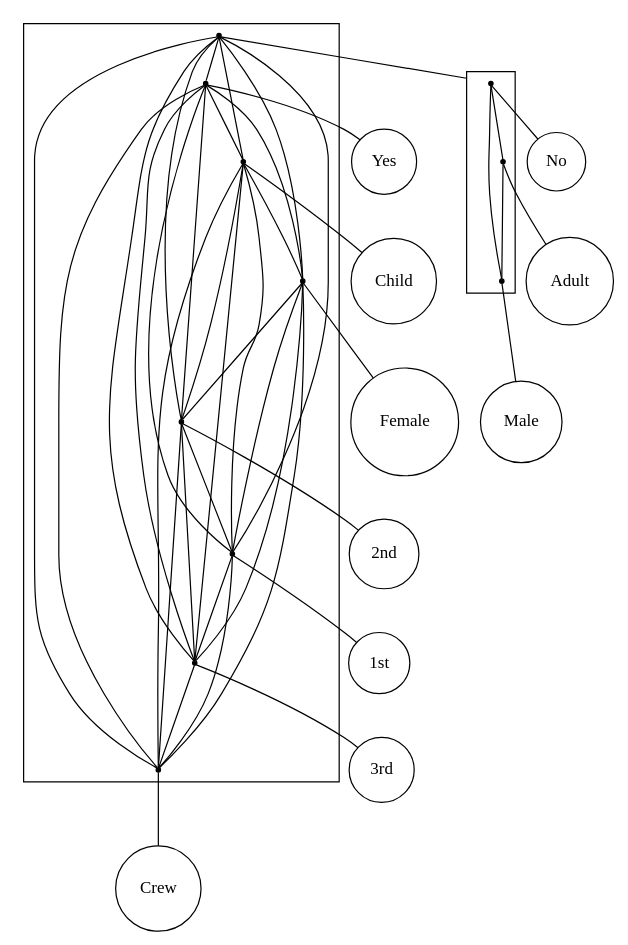
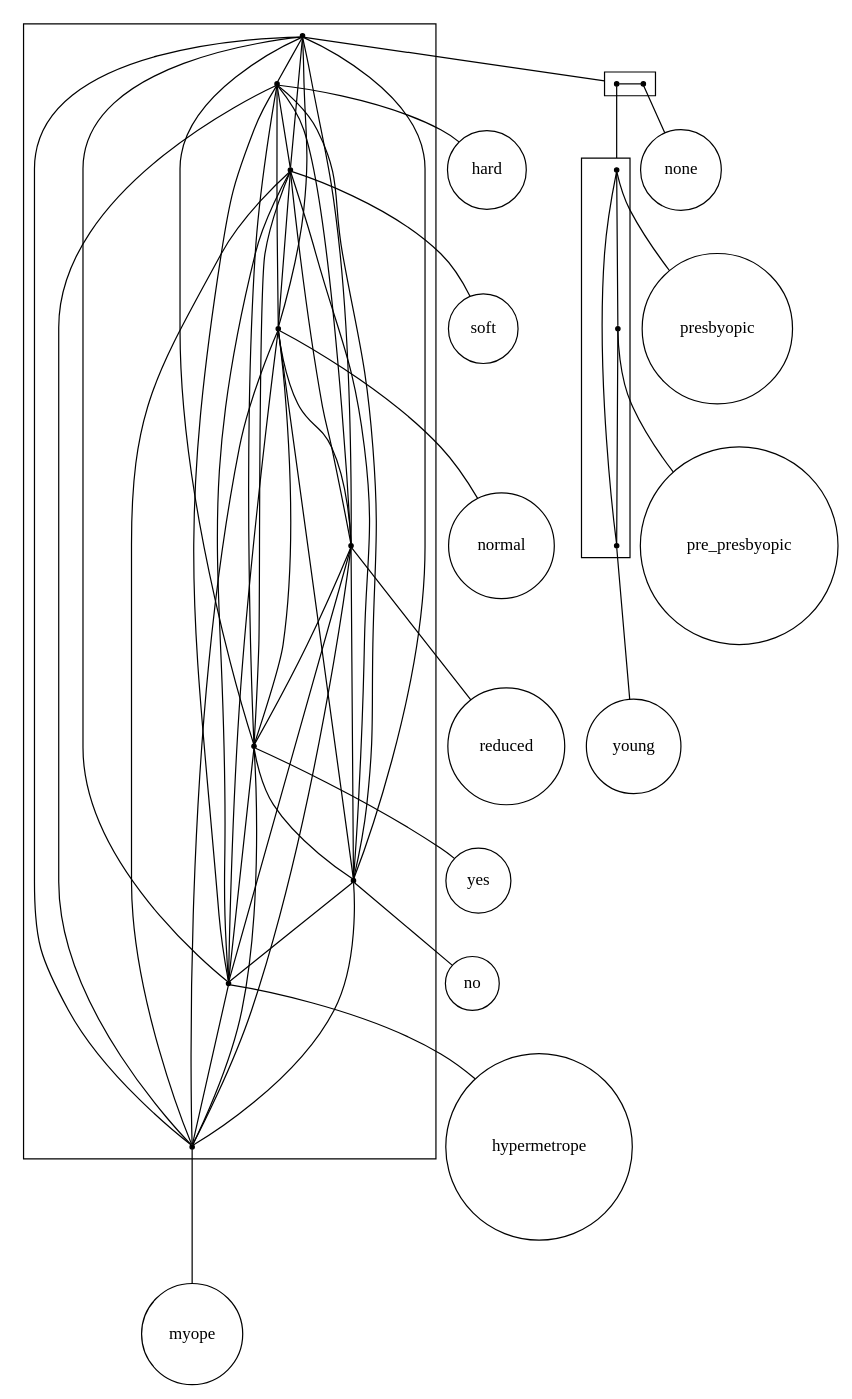
One commit to lrodrin/TFG changed the diagram in src/final/plain_2-structure_with_threshold.dot. Above: the diagram before and after it, drawn with Graphviz. The commit also changed 15 other files, not shown here.

```diff
--- a/src/final/plain_2-structure_with_threshold.dot
+++ b/src/final/plain_2-structure_with_threshold.dot
@@ -1,67 +1,86 @@
 strict digraph "plain_2-structure_with_threshold" {
 compound=true;
 fontname=Verdana;
 fontsize=12;
 newrank=true;
 node [shape=circle];
-Yes;
-Child;
-Female;
-"2nd";
-"1st";
-"3rd";
-Crew;
-No;
-Adult;
-Male;
-subgraph cluster_ChildFemaleNoMale3rdCrew1stYes2ndAdult {
+hard;
+soft;
+normal;
+reduced;
+yes;
+no;
+hypermetrope;
+myope;
+none;
+presbyopic;
+pre_presbyopic;
+young;
+subgraph cluster_myopeyoungreducedsoftpresbyopichardyesnonepre_presbyopichypermetropenonormal {
 node [shape=point];
-s_AdultNoMale -> s_Yes  [arrowhead=none, color=black];
-s_AdultNoMale -> s_Child  [arrowhead=none, color=black];
-s_AdultNoMale -> s_Female  [arrowhead=none, color=black];
-s_AdultNoMale -> s_2nd  [arrowhead=none, color=black];
-s_AdultNoMale -> s_1st  [arrowhead=none, color=black];
-s_AdultNoMale -> s_3rd  [arrowhead=none, color=black];
-s_AdultNoMale -> s_Crew  [arrowhead=none, color=black];
-s_Yes -> s_Child  [arrowhead=none, color=black];
-s_Yes -> s_Female  [arrowhead=none, color=black];
-s_Yes -> s_2nd  [arrowhead=none, color=black];
-s_Yes -> s_1st  [arrowhead=none, color=black];
-s_Yes -> s_3rd  [arrowhead=none, color=black];
-s_Yes -> s_Crew  [arrowhead=none, color=black];
-s_Child -> s_Female  [arrowhead=none, color=black];
-s_Child -> s_2nd  [arrowhead=none, color=black];
-s_Child -> s_1st  [arrowhead=none, color=black];
-s_Child -> s_3rd  [arrowhead=none, color=black];
-s_Child -> s_Crew  [arrowhead=none, color=black];
-s_Female -> s_2nd  [arrowhead=none, color=black];
-s_Female -> s_1st  [arrowhead=none, color=black];
-s_Female -> s_3rd  [arrowhead=none, color=black];
-s_Female -> s_Crew  [arrowhead=none, color=black];
-s_2nd -> s_1st  [arrowhead=none, color=black];
-s_2nd -> s_3rd  [arrowhead=none, color=black];
-s_2nd -> s_Crew  [arrowhead=none, color=black];
-s_1st -> s_3rd  [arrowhead=none, color=black];
-s_1st -> s_Crew  [arrowhead=none, color=black];
-s_3rd -> s_Crew  [arrowhead=none, color=black];
+s_youngnonepresbyopicpre_presbyopic -> s_hard  [arrowhead=none, color=black];
+s_youngnonepresbyopicpre_presbyopic -> s_soft  [arrowhead=none, color=black];
+s_youngnonepresbyopicpre_presbyopic -> s_normal  [arrowhead=none, color=black];
+s_youngnonepresbyopicpre_presbyopic -> s_reduced  [arrowhead=none, color=black];
+s_youngnonepresbyopicpre_presbyopic -> s_yes  [arrowhead=none, color=black];
+s_youngnonepresbyopicpre_presbyopic -> s_no  [arrowhead=none, color=black];
+s_youngnonepresbyopicpre_presbyopic -> s_hypermetrope  [arrowhead=none, color=black];
+s_youngnonepresbyopicpre_presbyopic -> s_myope  [arrowhead=none, color=black];
+s_hard -> s_soft  [arrowhead=none, color=black];
+s_hard -> s_normal  [arrowhead=none, color=black];
+s_hard -> s_reduced  [arrowhead=none, color=black];
+s_hard -> s_yes  [arrowhead=none, color=black];
+s_hard -> s_no  [arrowhead=none, color=black];
+s_hard -> s_hypermetrope  [arrowhead=none, color=black];
+s_hard -> s_myope  [arrowhead=none, color=black];
+s_soft -> s_normal  [arrowhead=none, color=black];
+s_soft -> s_reduced  [arrowhead=none, color=black];
+s_soft -> s_yes  [arrowhead=none, color=black];
+s_soft -> s_no  [arrowhead=none, color=black];
+s_soft -> s_hypermetrope  [arrowhead=none, color=black];
+s_soft -> s_myope  [arrowhead=none, color=black];
+s_normal -> s_reduced  [arrowhead=none, color=black];
+s_normal -> s_yes  [arrowhead=none, color=black];
+s_normal -> s_no  [arrowhead=none, color=black];
+s_normal -> s_hypermetrope  [arrowhead=none, color=black];
+s_normal -> s_myope  [arrowhead=none, color=black];
+s_reduced -> s_yes  [arrowhead=none, color=black];
+s_reduced -> s_no  [arrowhead=none, color=black];
+s_reduced -> s_hypermetrope  [arrowhead=none, color=black];
+s_reduced -> s_myope  [arrowhead=none, color=black];
+s_yes -> s_no  [arrowhead=none, color=black];
+s_yes -> s_hypermetrope  [arrowhead=none, color=black];
+s_yes -> s_myope  [arrowhead=none, color=black];
+s_no -> s_hypermetrope  [arrowhead=none, color=black];
+s_no -> s_myope  [arrowhead=none, color=black];
+s_hypermetrope -> s_myope  [arrowhead=none, color=black];
 }
 
-subgraph cluster_AdultNoMale {
+subgraph cluster_youngnonepresbyopicpre_presbyopic {
+rank=same;
 node [shape=point];
-s_No -> s_Adult  [arrowhead=none, color=black];
-s_No -> s_Male  [arrowhead=none, color=black];
-s_Adult -> s_Male  [arrowhead=none, color=black];
+s_youngpresbyopicpre_presbyopic -> s_none  [arrowhead=none, color=black];
 }
 
-s_AdultNoMale -> s_No  [arrowhead=none, lhead=cluster_AdultNoMale];
-s_Yes -> Yes  [arrowhead=none];
-s_Child -> Child  [arrowhead=none];
-s_Female -> Female  [arrowhead=none];
-s_2nd -> "2nd"  [arrowhead=none];
-s_1st -> "1st"  [arrowhead=none];
-s_3rd -> "3rd"  [arrowhead=none];
-s_Crew -> Crew  [arrowhead=none];
-s_No -> No  [arrowhead=none];
-s_Adult -> Adult  [arrowhead=none];
-s_Male -> Male  [arrowhead=none];
+subgraph cluster_youngpresbyopicpre_presbyopic {
+node [shape=point];
+s_presbyopic -> s_pre_presbyopic  [arrowhead=none, color=black];
+s_presbyopic -> s_young  [arrowhead=none, color=black];
+s_pre_presbyopic -> s_young  [arrowhead=none, color=black];
 }
+
+s_youngnonepresbyopicpre_presbyopic -> s_youngpresbyopicpre_presbyopic  [arrowhead=none, lhead=cluster_youngnonepresbyopicpre_presbyopic];
+s_hard -> hard  [arrowhead=none];
+s_soft -> soft  [arrowhead=none];
+s_normal -> normal  [arrowhead=none];
+s_reduced -> reduced  [arrowhead=none];
+s_yes -> yes  [arrowhead=none];
+s_no -> no  [arrowhead=none];
+s_hypermetrope -> hypermetrope  [arrowhead=none];
+s_myope -> myope  [arrowhead=none];
+s_youngpresbyopicpre_presbyopic -> s_presbyopic  [arrowhead=none, lhead=cluster_youngpresbyopicpre_presbyopic];
+s_none -> none  [arrowhead=none];
+s_presbyopic -> presbyopic  [arrowhead=none];
+s_pre_presbyopic -> pre_presbyopic  [arrowhead=none];
+s_young -> young  [arrowhead=none];
+}
```
